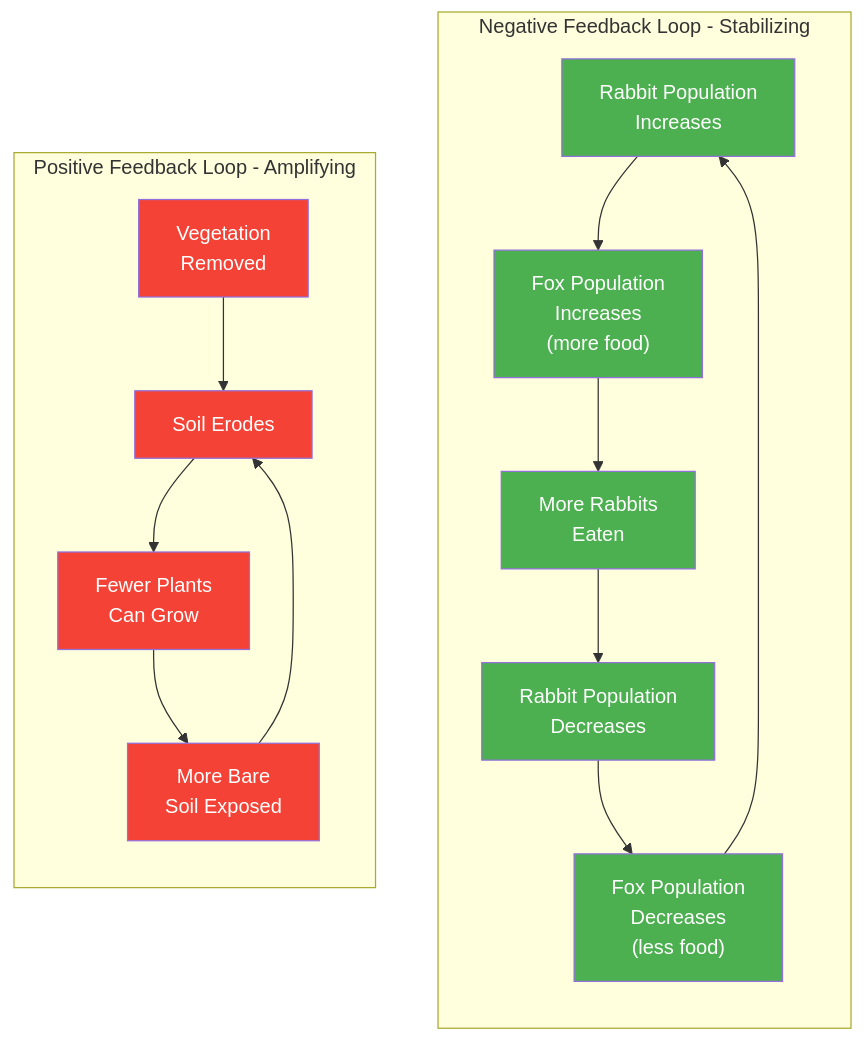
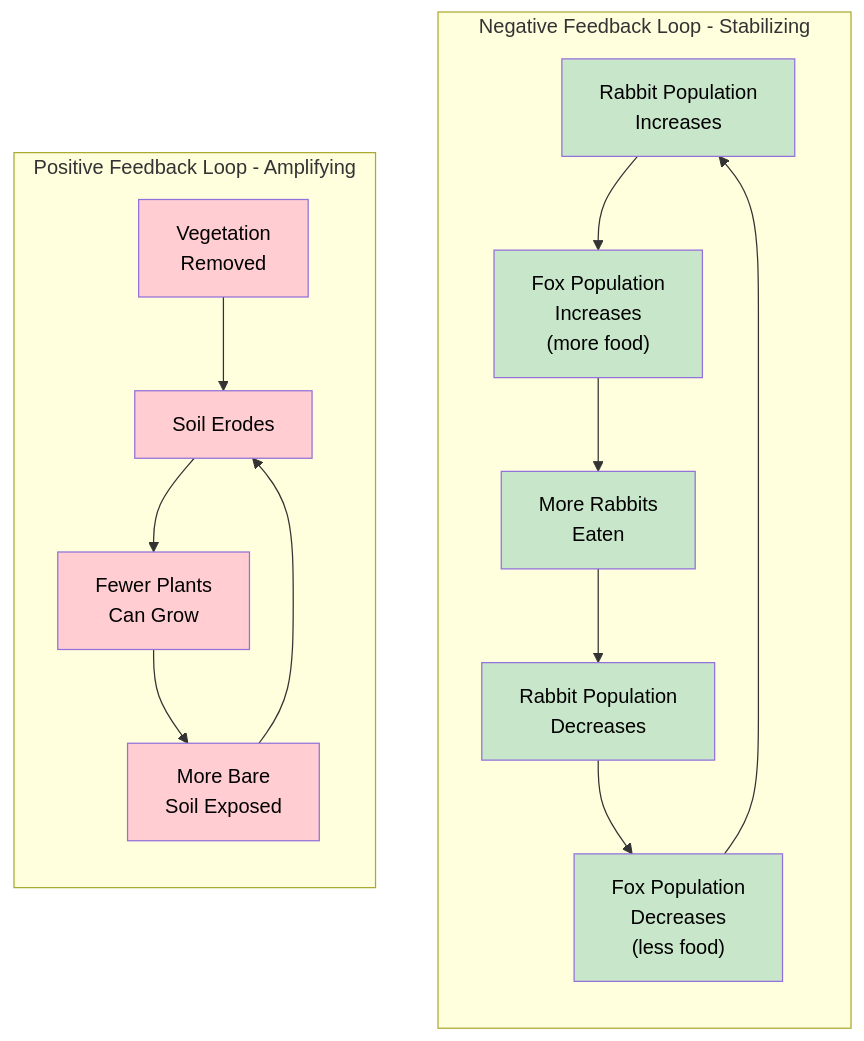
The first of 2 diagrams in docs/chapters/15-systems-thinking-ecology/index.md (arunbatchu/minnesota-native-plants), drawn with Mermaid before and after one commit. The commit also changed other lines of this file and 10 other files, not shown here.

First line of the commit message:
Switch Mermaid diagrams to pastel palette — black text on light backgrounds

````diff
--- a/docs/chapters/15-systems-thinking-ecology/index.md
+++ b/docs/chapters/15-systems-thinking-ecology/index.md
@@ -64,29 +64,29 @@
 ```mermaid
 graph TD
     subgraph Negative Feedback Loop - Stabilizing
         direction TB
         A1["Rabbit Population<br>Increases"] --> A2["Fox Population<br>Increases<br>(more food)"]
         A2 --> A3["More Rabbits<br>Eaten"]
         A3 --> A4["Rabbit Population<br>Decreases"]
         A4 --> A5["Fox Population<br>Decreases<br>(less food)"]
         A5 --> A1
     end
 
     subgraph Positive Feedback Loop - Amplifying
         direction TB
         B1["Vegetation<br>Removed"] --> B2["Soil Erodes"]
         B2 --> B3["Fewer Plants<br>Can Grow"]
         B3 --> B4["More Bare<br>Soil Exposed"]
         B4 --> B2
     end
 
-    style A1 fill:#4CAF50,color:#fff
-    style A2 fill:#4CAF50,color:#fff
-    style A3 fill:#4CAF50,color:#fff
-    style A4 fill:#4CAF50,color:#fff
-    style A5 fill:#4CAF50,color:#fff
-    style B1 fill:#F44336,color:#fff
-    style B2 fill:#F44336,color:#fff
-    style B3 fill:#F44336,color:#fff
-    style B4 fill:#F44336,color:#fff
+    style A1 fill:#C8E6C9,color:#000
+    style A2 fill:#C8E6C9,color:#000
+    style A3 fill:#C8E6C9,color:#000
+    style A4 fill:#C8E6C9,color:#000
+    style A5 fill:#C8E6C9,color:#000
+    style B1 fill:#FFCDD2,color:#000
+    style B2 fill:#FFCDD2,color:#000
+    style B3 fill:#FFCDD2,color:#000
+    style B4 fill:#FFCDD2,color:#000
 ```
````
